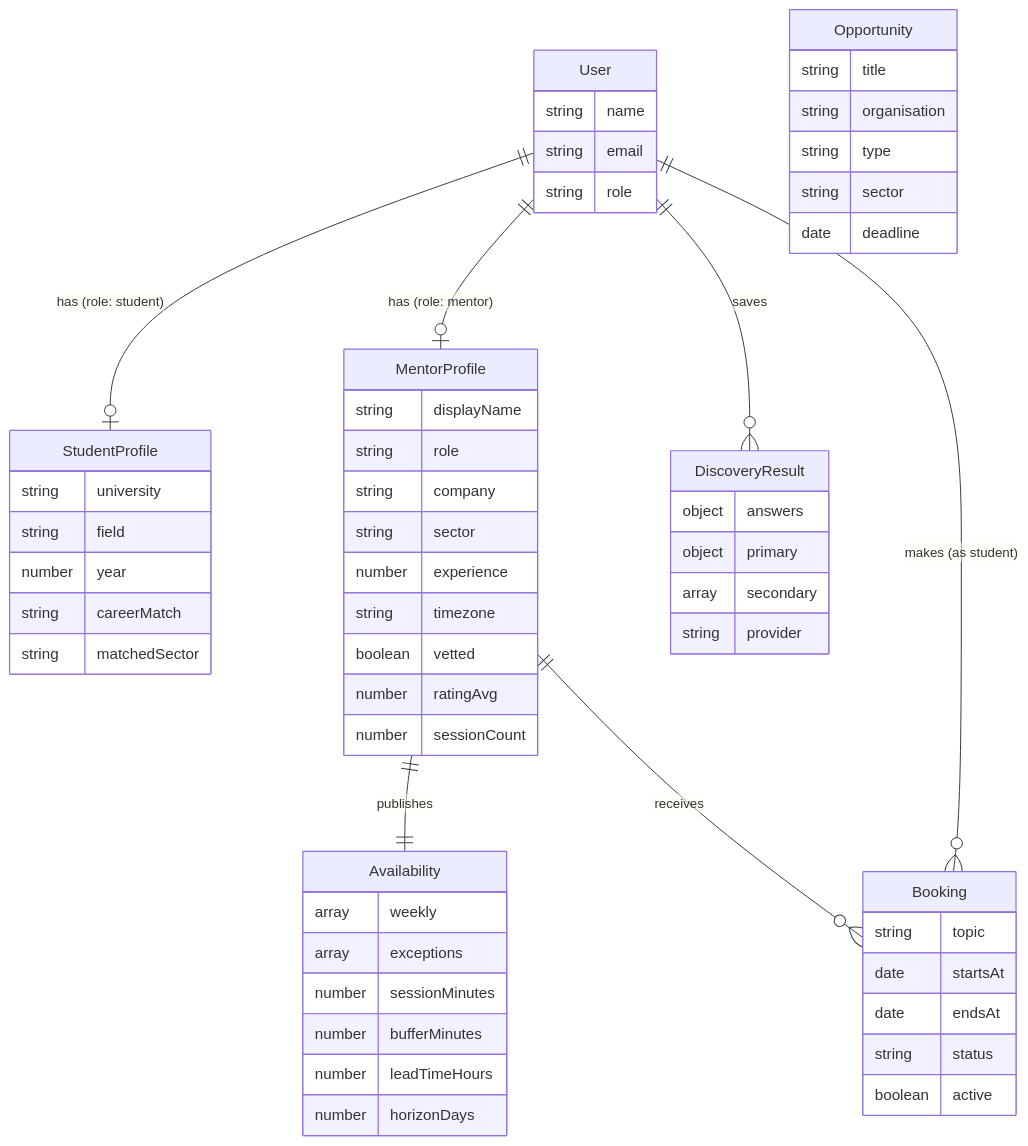
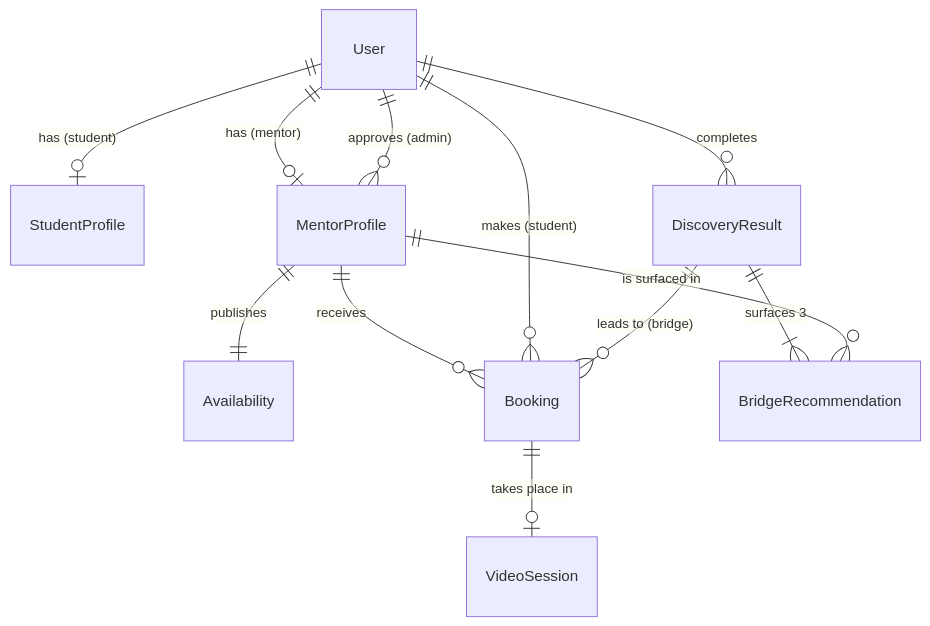
The diagram in README.md (kol-apo/Pathora), drawn with Mermaid before and after one commit. The commit also changed other lines of this file and 121 other files, not shown here.

````diff
--- a/README.md
+++ b/README.md
@@ -178,61 +186,14 @@
 ```mermaid
 erDiagram
-    User ||--o| StudentProfile : "has (role: student)"
-    User ||--o| MentorProfile : "has (role: mentor)"
-    MentorProfile ||--|| Availability : "publishes"
-    MentorProfile ||--o{ Booking : "receives"
-    User ||--o{ Booking : "makes (as student)"
-    User ||--o{ DiscoveryResult : "saves"
-
-    User {
-        string name
-        string email
-        string role
-    }
-    StudentProfile {
-        string university
-        string field
-        number year
-        string careerMatch
-        string matchedSector
-    }
-    MentorProfile {
-        string displayName
-        string role
-        string company
-        string sector
-        number experience
-        string timezone
-        boolean vetted
-        number ratingAvg
-        number sessionCount
-    }
-    Availability {
-        array weekly
-        array exceptions
-        number sessionMinutes
-        number bufferMinutes
-        number leadTimeHours
-        number horizonDays
-    }
-    Booking {
-        string topic
-        date startsAt
-        date endsAt
-        string status
-        boolean active
-    }
-    DiscoveryResult {
-        object answers
-        object primary
-        array secondary
-        string provider
-    }
-    Opportunity {
-        string title
-        string organisation
-        string type
-        string sector
-        date deadline
-    }
+    User ||--o| StudentProfile : "has (student)"
+    User ||--o| MentorProfile : "has (mentor)"
+    User ||--o{ MentorProfile : "approves (admin)"
+    MentorProfile ||--|| Availability : publishes
+    MentorProfile ||--o{ Booking : receives
+    User ||--o{ Booking : "makes (student)"
+    User ||--o{ DiscoveryResult : completes
+    DiscoveryResult ||--|{ BridgeRecommendation : "surfaces 3"
+    MentorProfile ||--o{ BridgeRecommendation : "is surfaced in"
+    DiscoveryResult ||--o{ Booking : "leads to (bridge)"
+    Booking ||--o| VideoSession : "takes place in"
 ```
````
